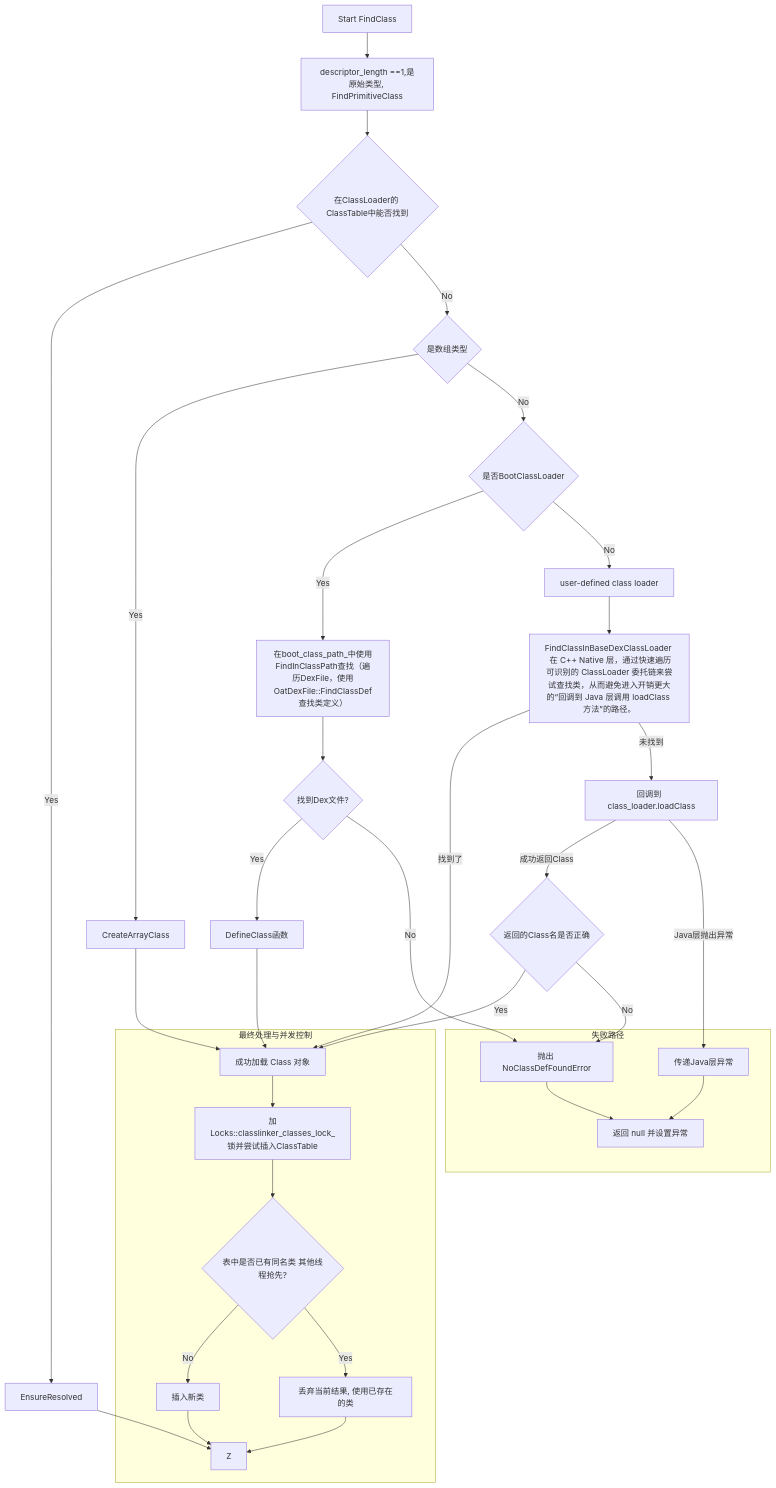
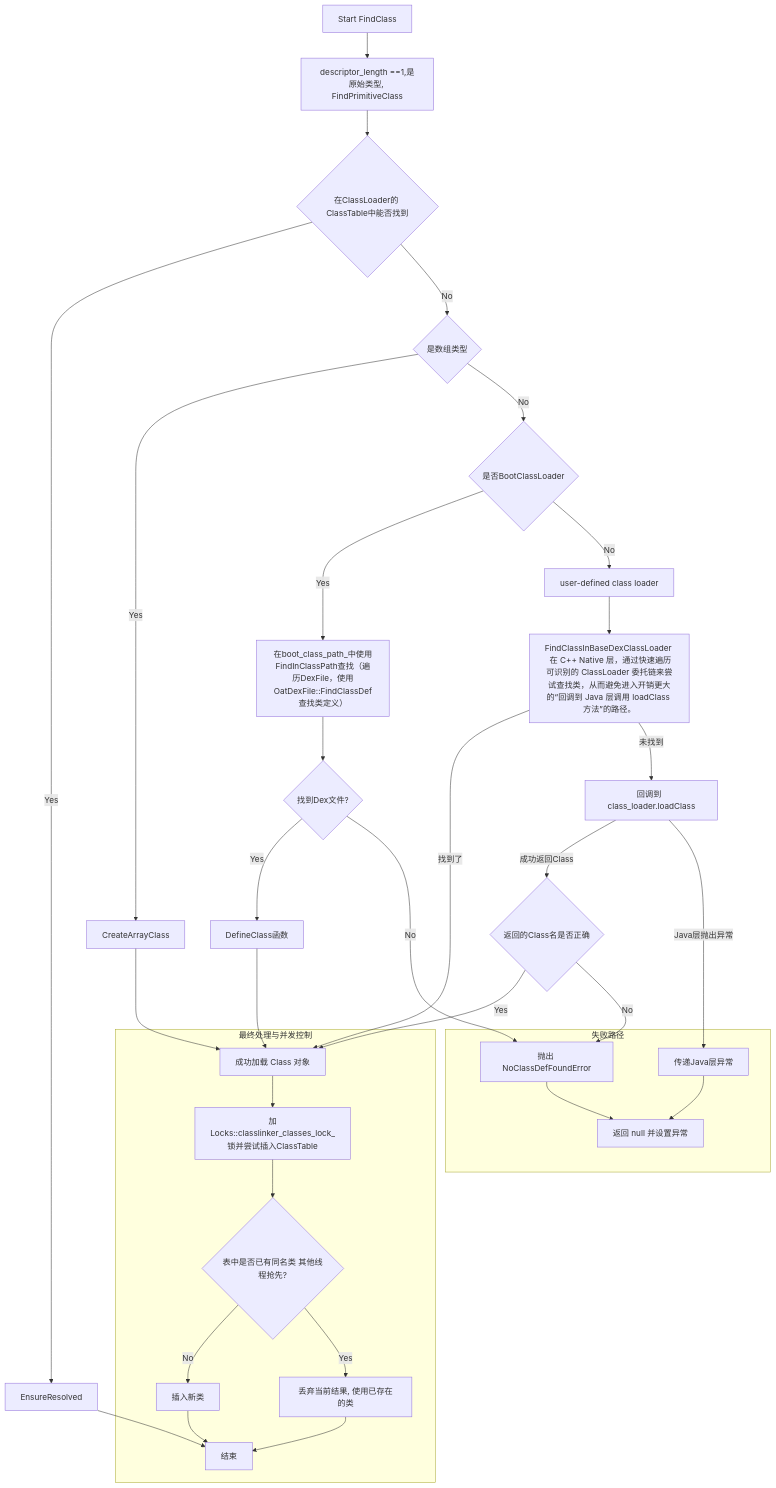
Before and after one commit to comsoftWHU/comsoftwhu.github.io: the sixth of 9 diagrams in aosp/AndroidRuntime/ClassLinker.md, drawn with Mermaid. The commit also changed other lines of this file, not shown here.

````diff
--- a/aosp/AndroidRuntime/ClassLinker.md
+++ b/aosp/AndroidRuntime/ClassLinker.md
@@ -610,40 +610,40 @@
 ```mermaid
 graph TD
     A[Start FindClass];
     A --> B[descriptor_length ==1,是原始类型, FindPrimitiveClass];
     B --> C{在ClassLoader的 ClassTable中能否找到};
     C -- Yes --> C1[EnsureResolved];
     C1 --> Z;
     C -- No --> D{是数组类型};
     D -- Yes --> D1[CreateArrayClass];
     D1 --> I;
     D -- No --> E{是否BootClassLoader};
     E -- Yes --> E1[在boot_class_path_中使用FindInClassPath查找（遍历DexFile，使用OatDexFile::FindClassDef查找类定义）];
     E1 --> E2{找到Dex文件?};
     E2 -- Yes --> E3[DefineClass函数];
     E3 --> I;
     E2 -- No --> F_FAIL[抛出 NoClassDefFoundError];
     E -- No --> G[user-defined class loader];
     G --> G1[FindClassInBaseDexClassLoader <br/> 在 C++ Native 层，通过快速遍历可识别的 ClassLoader 委托链来尝试查找类，从而避免进入开销更大的“回调到 Java 层调用 loadClass 方法”的路径。];
     G1 -- 找到了 --> I;
     G1 -- 未找到 --> G2[回调到  class_loader.loadClass];
     G2 -- 成功返回Class --> G3{返回的Class名是否正确};
     G3 -- Yes --> I;
     G3 -- No --> F_FAIL;
     G2 -- Java层抛出异常 --> H_FAIL[传递Java层异常];
 
     subgraph "最终处理与并发控制"
       I[成功加载 Class 对象];
       I --> J[加Locks::classlinker_classes_lock_锁并尝试插入ClassTable];
       J --> K{表中是否已有同名类 其他线程抢先?};
       K -- No --> L[插入新类];
-      L --> Z;
+      L --> Z[结束];
       K -- Yes --> M[丢弃当前结果, 使用已存在的类];
       M --> Z;
     end
     
     subgraph "失败路径"
       F_FAIL --> FZ[返回 null 并设置异常];
       H_FAIL --> FZ;
     end
 ```
````
